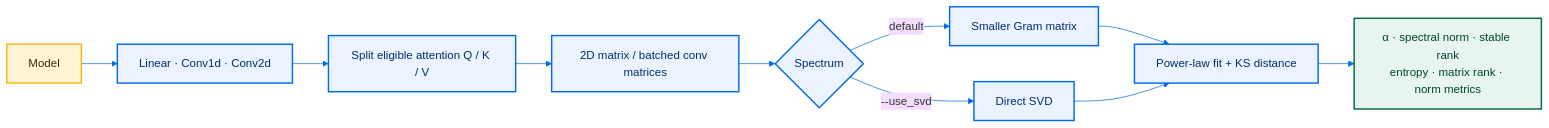
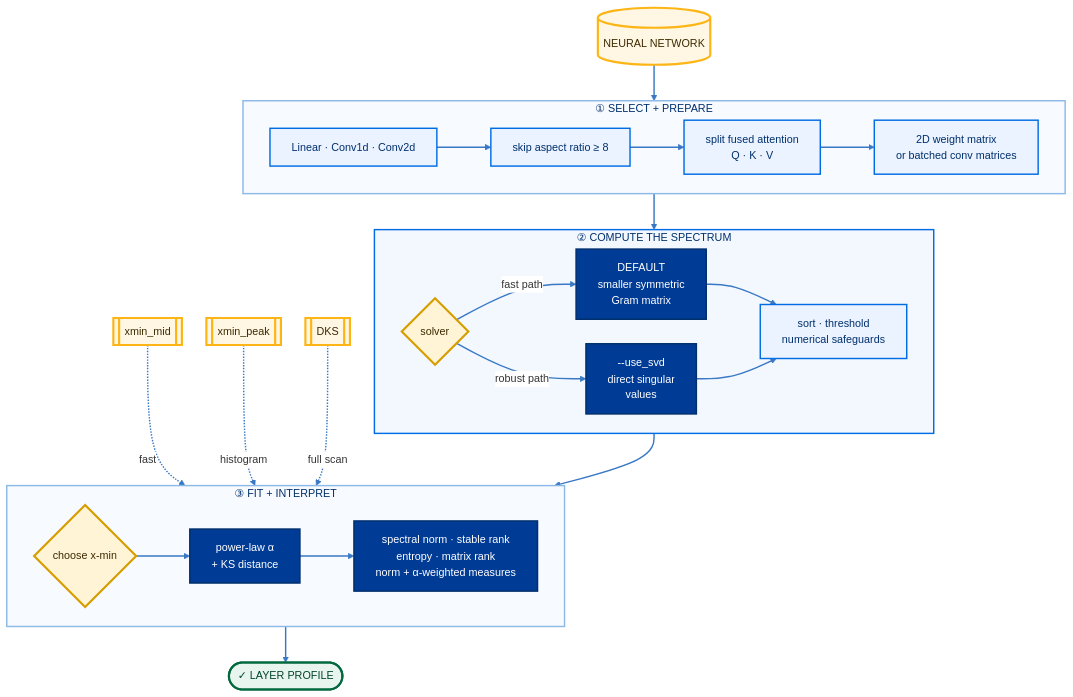
Before and after one commit to RpM-Kinshuk/Model-Zoo: the fifth of 5 diagrams in README.md, drawn with Mermaid. The commit also changed other lines of this file, not shown here.

````diff
--- a/README.md
+++ b/README.md
@@ -341,20 +423,59 @@
 ```mermaid
-%%{init: {"theme":"base","themeVariables":{"fontFamily":"Inter, ui-sans-serif, system-ui","lineColor":"#006CE4"}}}%%
-flowchart LR
-    MODEL[Model] --> LAYERS[Linear · Conv1d · Conv2d]
-    LAYERS --> SPLIT[Split eligible attention Q / K / V]
-    SPLIT --> MATRIX[2D matrix / batched conv matrices]
-    MATRIX --> SPECTRUM{Spectrum}
-    SPECTRUM -->|default| GRAM[Smaller Gram matrix]
-    SPECTRUM -->|--use_svd| SVD[Direct SVD]
-    GRAM --> FIT[Power-law fit + KS distance]
-    SVD --> FIT
-    FIT --> METRICS[α · spectral norm · stable rank<br/>entropy · matrix rank · norm metrics]
+%%{init: {"theme":"base","flowchart":{"curve":"basis","nodeSpacing":34,"rankSpacing":50},"themeVariables":{"fontFamily":"Inter, ui-sans-serif, system-ui","fontSize":"15px","lineColor":"#3978C5","clusterBkg":"#F7FAFF","clusterBorder":"#8DB9E8","edgeLabelBackground":"#FFFFFF"}}}%%
+flowchart TB
+    MODEL[("NEURAL NETWORK")]
 
-    classDef input fill:#FFF4D6,stroke:#FDB515,color:#3B2A00,stroke-width:2px;
+    subgraph PREPARE["①  SELECT + PREPARE"]
+        direction LR
+        LAYERS["Linear · Conv1d · Conv2d"]
+        FILTER["skip aspect ratio ≥ 8"]
+        SPLIT["split fused attention<br/>Q · K · V"]
+        MATRIX["2D weight matrix<br/>or batched conv matrices"]
+        LAYERS --> FILTER --> SPLIT --> MATRIX
+    end
+
+    subgraph SOLVE["②  COMPUTE THE SPECTRUM"]
+        direction LR
+        CHOICE{"solver"}
+        GRAM["DEFAULT<br/>smaller symmetric<br/>Gram matrix"]
+        SVD["--use_svd<br/>direct singular<br/>values"]
+        STABLE["sort · threshold<br/>numerical safeguards"]
+        CHOICE -->|fast path| GRAM
+        CHOICE -->|robust path| SVD
+        GRAM --> STABLE
+        SVD --> STABLE
+    end
+
+    subgraph INTERPRET["③  FIT + INTERPRET"]
+        direction LR
+        XMIN{"choose x-min"}
+        FIT["power-law α<br/>+ KS distance"]
+        METRICS["spectral norm · stable rank<br/>entropy · matrix rank<br/>norm + α-weighted measures"]
+        XMIN --> FIT --> METRICS
+    end
+
+    MODEL --> LAYERS
+    MATRIX --> CHOICE
+    STABLE --> XMIN
+    METRICS --> DONE(["✓  LAYER PROFILE"])
+
+    MID[["xmin_mid"]] -. fast .-> XMIN
+    PEAK[["xmin_peak"]] -. histogram .-> XMIN
+    DKS[["DKS"]] -. full scan .-> XMIN
+
+    classDef source fill:#FFF7E3,stroke:#FDB515,color:#3B2A00,stroke-width:3px;
     classDef stage fill:#EAF3FF,stroke:#006CE4,color:#002F6C,stroke-width:2px;
-    classDef result fill:#E8F5EF,stroke:#00693E,color:#00452A,stroke-width:2px;
-    class MODEL input;
-    class LAYERS,SPLIT,MATRIX,SPECTRUM,GRAM,SVD,FIT stage;
-    class METRICS result;
+    classDef execute fill:#003B95,stroke:#002F6C,color:#FFFFFF,stroke-width:2px;
+    classDef decision fill:#FFF4D6,stroke:#D69E00,color:#3B2A00,stroke-width:3px;
+    classDef success fill:#E8F5EF,stroke:#00693E,color:#00452A,stroke-width:3px;
+    class MODEL,MID,PEAK,DKS source;
+    class LAYERS,FILTER,SPLIT,MATRIX,STABLE stage;
+    class GRAM,SVD,FIT,METRICS execute;
+    class CHOICE,XMIN decision;
+    class DONE success;
+
+    style PREPARE fill:#F7FAFF,stroke:#8DB9E8,stroke-width:2px,color:#002F6C
+    style SOLVE fill:#F3F8FF,stroke:#006CE4,stroke-width:2px,color:#002F6C
+    style INTERPRET fill:#F7FAFF,stroke:#8DB9E8,stroke-width:2px,color:#002F6C
+    linkStyle default stroke:#3978C5,stroke-width:2px
 ```
````
